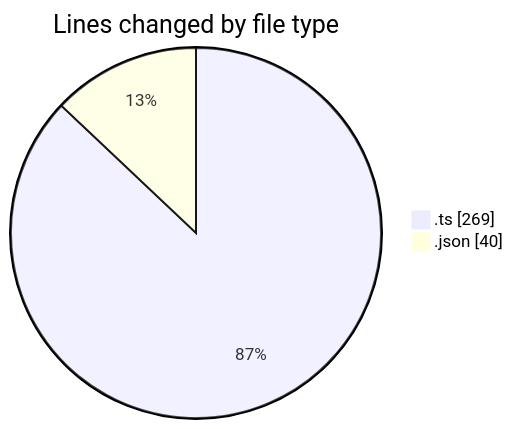
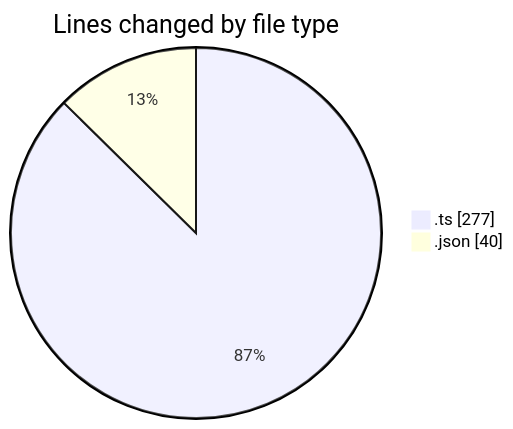
Before and after one commit to igalym/code-tracking: the first of 2 diagrams in 2026-03-03/typescript/README.md, drawn with Mermaid. The commit also changed other lines of this file and 1 other file, not shown here.

````diff
--- a/2026-03-03/typescript/README.md
+++ b/2026-03-03/typescript/README.md
@@ -21,6 +21,6 @@
 ```mermaid
 pie showData
 title Lines changed by file type
-".ts" : 269
+".ts" : 277
 ".json" : 40
 ```
````
